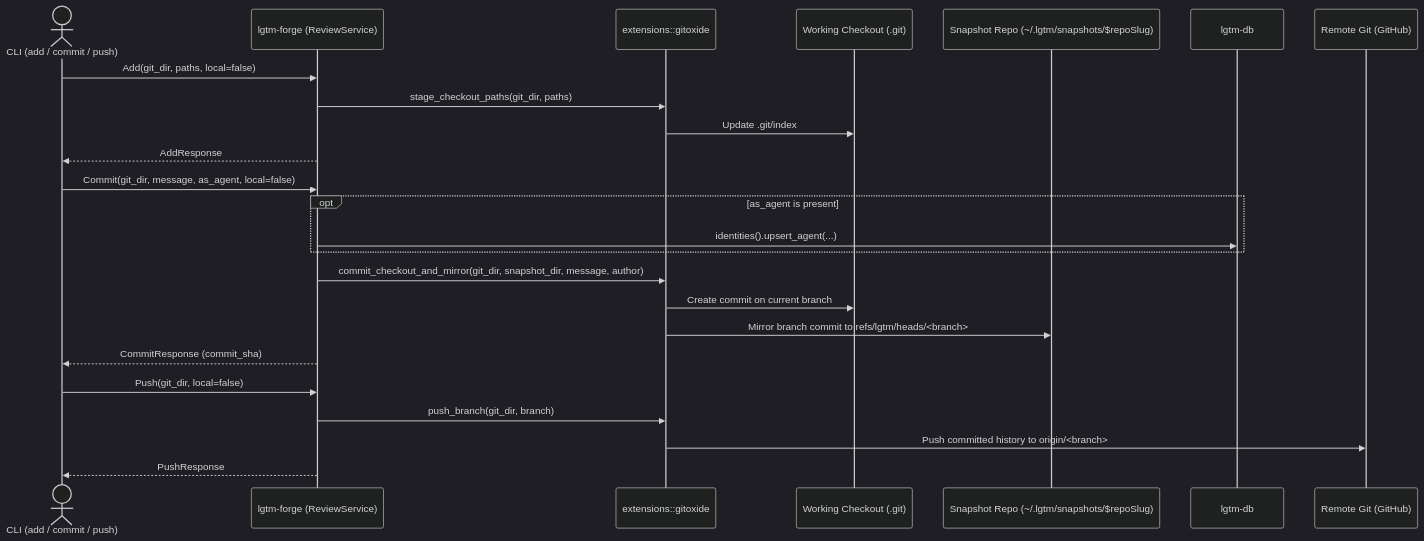
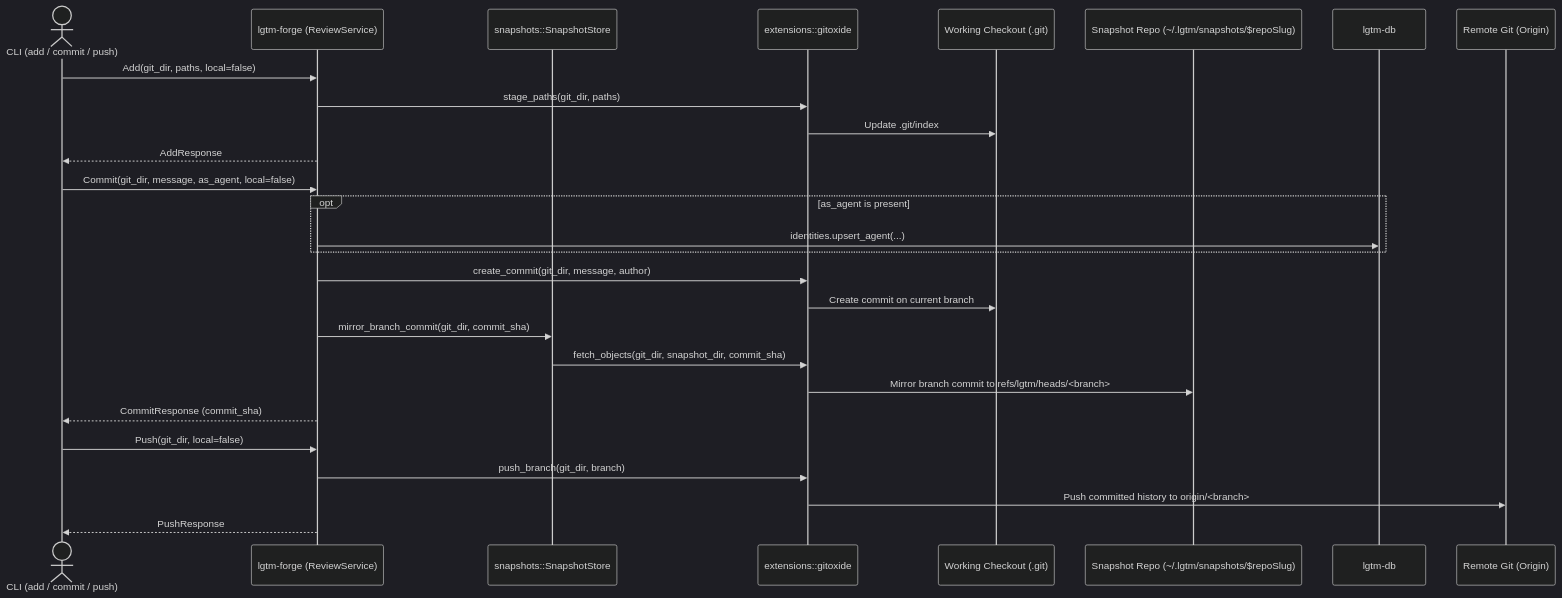
Before and after one commit to difflab-io/lgtm: the third of 11 diagrams in docs/architecture/forge/index.md, drawn with Mermaid (dark theme). The commit also changed other lines of this file and 20 other files, not shown here.

Commit message:
chore: rename backend doc and e2e dirs to forge and add git util TODOs

````diff
--- a/docs/architecture/forge/index.md
+++ b/docs/architecture/forge/index.md
@@ -284,29 +292,32 @@
 ```mermaid
 sequenceDiagram
     actor Caller as CLI (add / commit / push)
-    participant Forge as lgtm-forge (ReviewService)
+    participant Service as lgtm-forge (ReviewService)
+    participant SnapStore as snapshots::SnapshotStore
     participant Gix as extensions::gitoxide
     participant Checkout as Working Checkout (.git)
     participant Snapshot as Snapshot Repo (~/.lgtm/snapshots/$repoSlug)
     participant DB as lgtm-db
-    participant GH as Remote Git (GitHub)
+    participant GH as Remote Git (Origin)
 
-    Caller->>Forge: Add(git_dir, paths, local=false)
-    Forge->>Gix: stage_checkout_paths(git_dir, paths)
+    Caller->>Service: Add(git_dir, paths, local=false)
+    Service->>Gix: stage_paths(git_dir, paths)
     Gix->>Checkout: Update .git/index
-    Forge-->>Caller: AddResponse
+    Service-->>Caller: AddResponse
 
-    Caller->>Forge: Commit(git_dir, message, as_agent, local=false)
+    Caller->>Service: Commit(git_dir, message, as_agent, local=false)
     opt as_agent is present
-        Forge->>DB: identities().upsert_agent(...)
+        Service->>DB: identities.upsert_agent(...)
     end
-    Forge->>Gix: commit_checkout_and_mirror(git_dir, snapshot_dir, message, author)
+    Service->>Gix: create_commit(git_dir, message, author)
     Gix->>Checkout: Create commit on current branch
+    Service->>SnapStore: mirror_branch_commit(git_dir, commit_sha)
+    SnapStore->>Gix: fetch_objects(git_dir, snapshot_dir, commit_sha)
     Gix->>Snapshot: Mirror branch commit to refs/lgtm/heads/<branch>
-    Forge-->>Caller: CommitResponse (commit_sha)
+    Service-->>Caller: CommitResponse (commit_sha)
 
-    Caller->>Forge: Push(git_dir, local=false)
-    Forge->>Gix: push_branch(git_dir, branch)
+    Caller->>Service: Push(git_dir, local=false)
+    Service->>Gix: push_branch(git_dir, branch)
     Gix->>GH: Push committed history to origin/<branch>
-    Forge-->>Caller: PushResponse
+    Service-->>Caller: PushResponse
 ```
````
